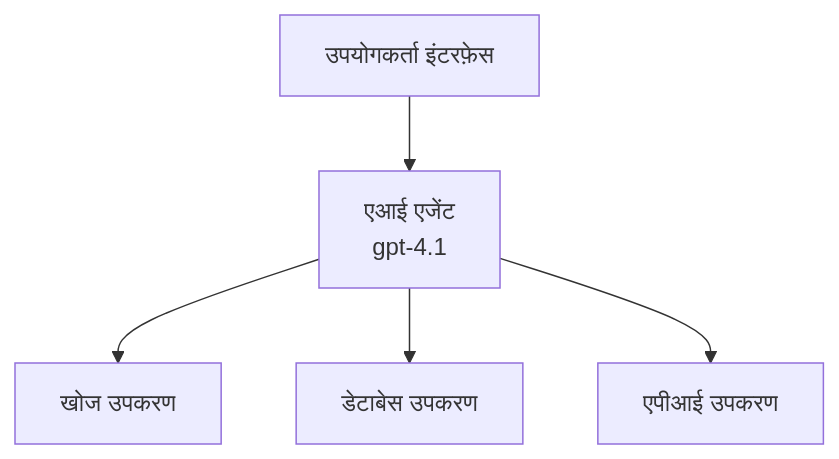
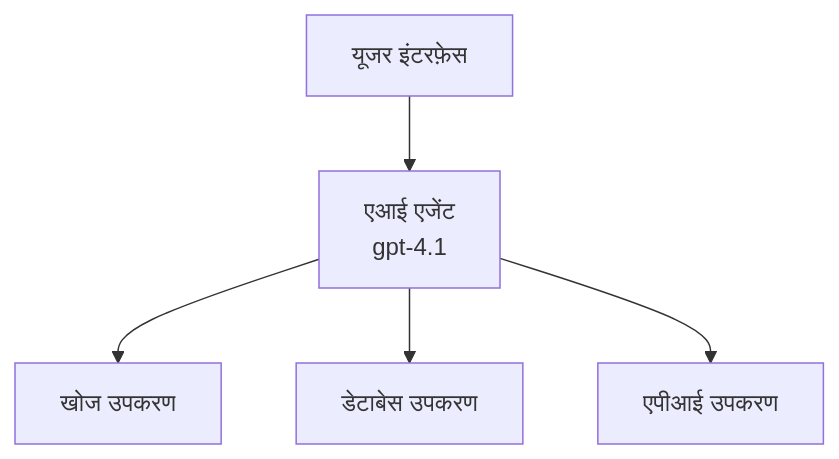
One commit to microsoft/AZD-for-beginners changed the first of 3 diagrams in translations/hi/docs/chapter-02-ai-development/agents.md. Above: the diagram before and after it, drawn with Mermaid. The commit also changed other lines of this file and 101 other files, not shown here.

````diff
--- a/translations/hi/docs/chapter-02-ai-development/agents.md
+++ b/translations/hi/docs/chapter-02-ai-development/agents.md
@@ -152,7 +157,7 @@
 ```mermaid
 graph TD
-    UI[उपयोगकर्ता इंटरफ़ेस] --> Agent[एआई एजेंट<br/>gpt-4.1]
+    UI[यूजर इंटरफ़ेस] --> Agent[एआई एजेंट<br/>gpt-4.1]
     Agent --> Search[खोज उपकरण]
     Agent --> Database[डेटाबेस उपकरण]
     Agent --> API[एपीआई उपकरण]
 ```
````
